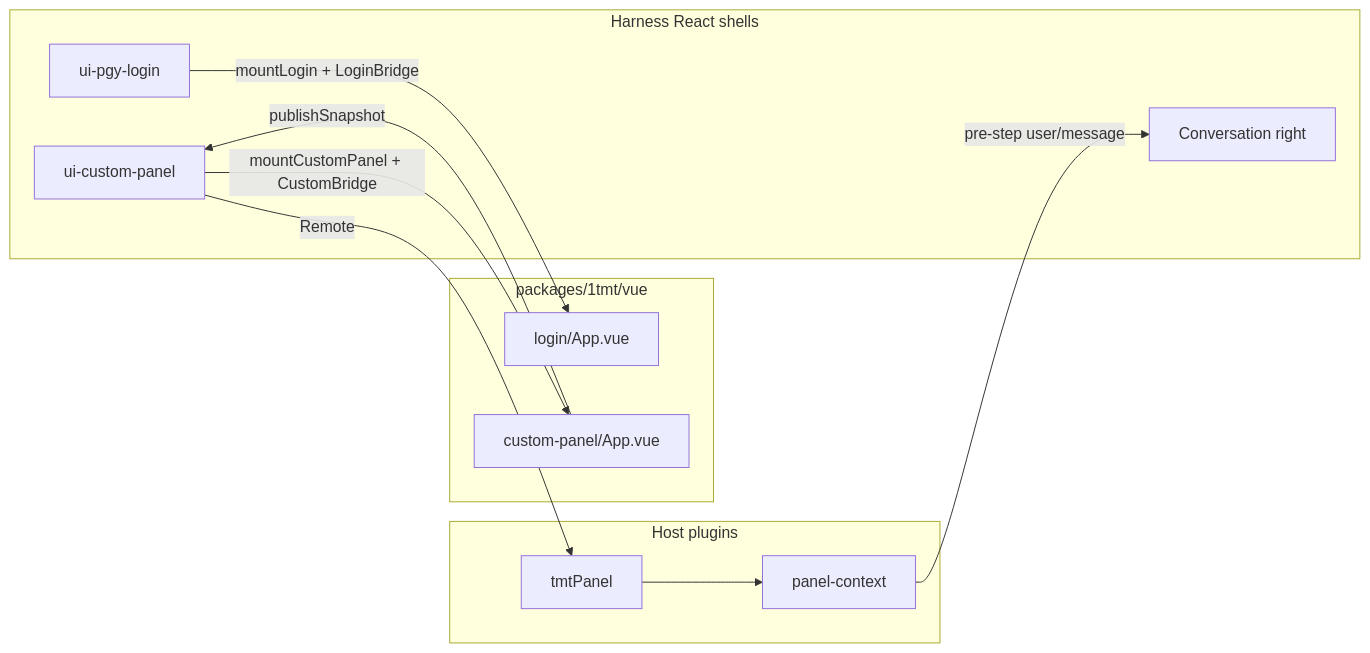
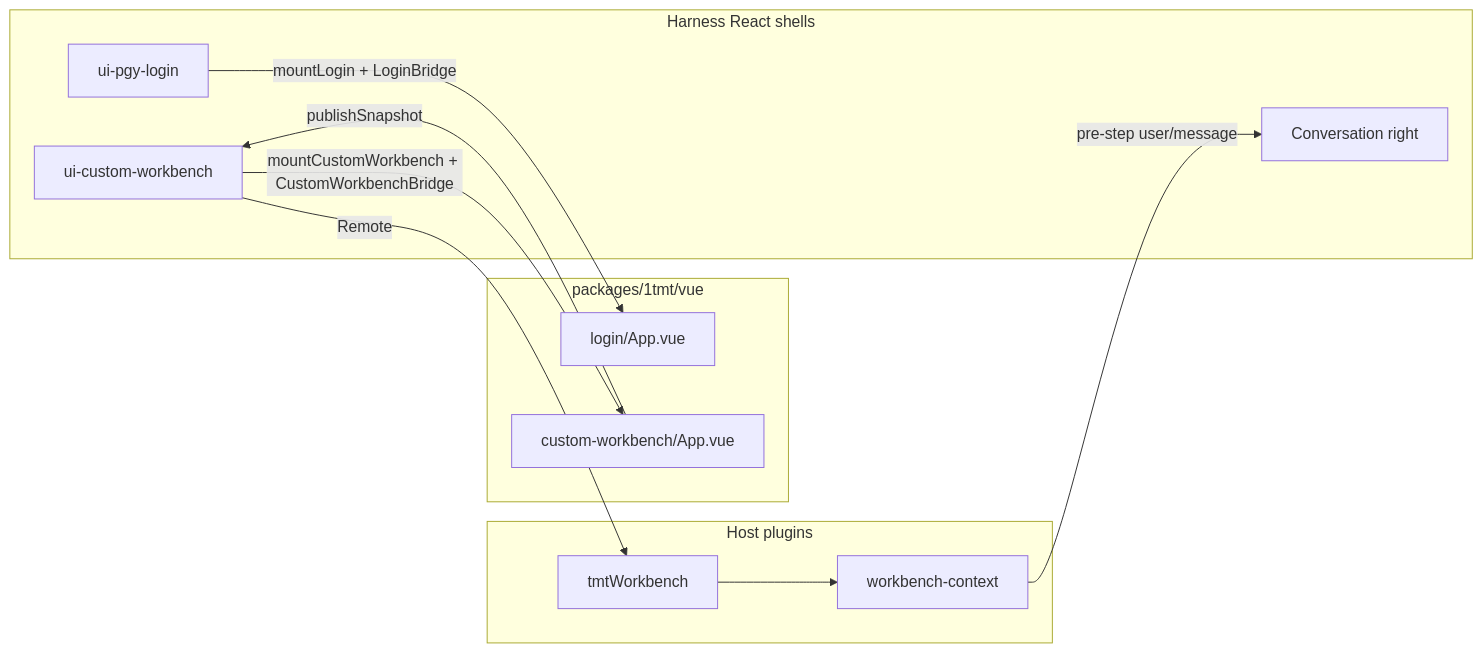
One commit to 1TonMilkTea/deepseek-harness changed the third of 3 diagrams in docs/1tmt/README.md. Above: the diagram before and after it, drawn with Mermaid. The commit also changed other lines of this file and 95 other files, not shown here.

First line of the commit message:
rename custom panel to Custom Workbench across packages and docs

````diff
--- a/docs/1tmt/README.md
+++ b/docs/1tmt/README.md
@@ -212,22 +277,22 @@
 ```mermaid
 flowchart LR
   subgraph react [Harness React shells]
     pgyHost[ui-pgy-login]
-    customHost[ui-custom-panel]
+    customHost[ui-custom-workbench]
     conv[Conversation right]
   end
   subgraph vue [packages/1tmt/vue]
     loginApp[login/App.vue]
-    customApp[custom-panel/App.vue]
+    customApp[custom-workbench/App.vue]
   end
   subgraph host [Host plugins]
-    panel[tmtPanel]
-    ctxPlugin[panel-context]
+    workbench[tmtWorkbench]
+    ctxPlugin[workbench-context]
   end
   pgyHost -->|mountLogin + LoginBridge| loginApp
-  customHost -->|mountCustomPanel + CustomBridge| customApp
+  customHost -->|mountCustomWorkbench + CustomWorkbenchBridge| customApp
   customApp -->|publishSnapshot| customHost
-  customHost -->|Remote| panel
-  panel --> ctxPlugin
+  customHost -->|Remote| workbench
+  workbench --> ctxPlugin
   ctxPlugin -->|pre-step user/message| conv
 ```
````
